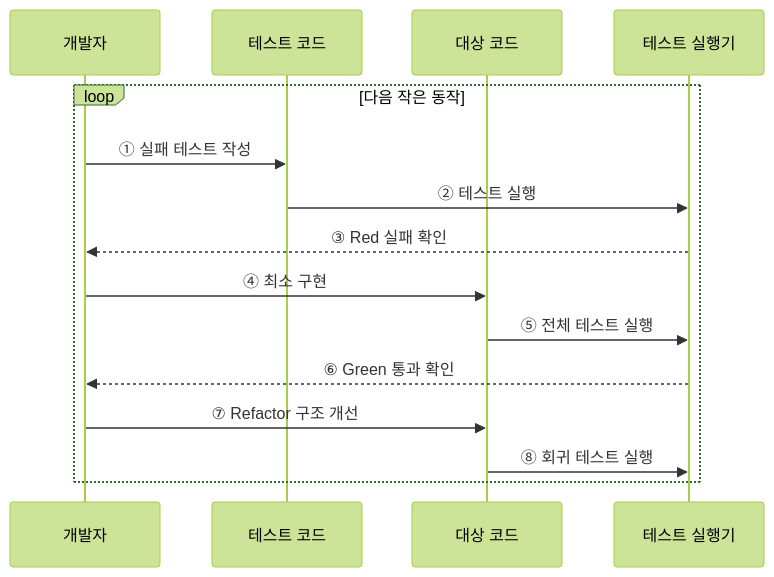
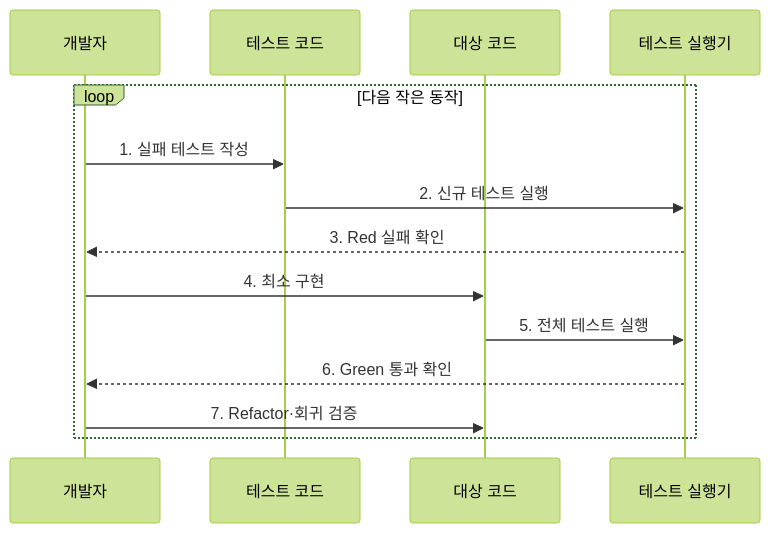
Before and after one commit to agnusdei1207/knowledge-base: the second of 2 diagrams in src/content/docs/notes/03-software/059_test_driven_development.md, drawn with Mermaid (forest theme). The commit also changed other lines of this file and 20 other files, not shown here.

````diff
--- a/src/content/docs/notes/03-software/059_test_driven_development.md
+++ b/src/content/docs/notes/03-software/059_test_driven_development.md
@@ -70,17 +80,16 @@
 ```mermaid
 sequenceDiagram
     participant D as 개발자
     participant T as 테스트 코드
     participant S as 대상 코드
     participant R as 테스트 실행기
     loop 다음 작은 동작
-        D->>T: ① 실패 테스트 작성
-        T->>R: ② 테스트 실행
-        R-->>D: ③ Red 실패 확인
-        D->>S: ④ 최소 구현
-        S->>R: ⑤ 전체 테스트 실행
-        R-->>D: ⑥ Green 통과 확인
-        D->>S: ⑦ Refactor 구조 개선
-        S->>R: ⑧ 회귀 테스트 실행
+        D->>T: 1. 실패 테스트 작성
+        T->>R: 2. 신규 테스트 실행
+        R-->>D: 3. Red 실패 확인
+        D->>S: 4. 최소 구현
+        S->>R: 5. 전체 테스트 실행
+        R-->>D: 6. Green 통과 확인
+        D->>S: 7. Refactor·회귀 검증
     end
 ```
````
